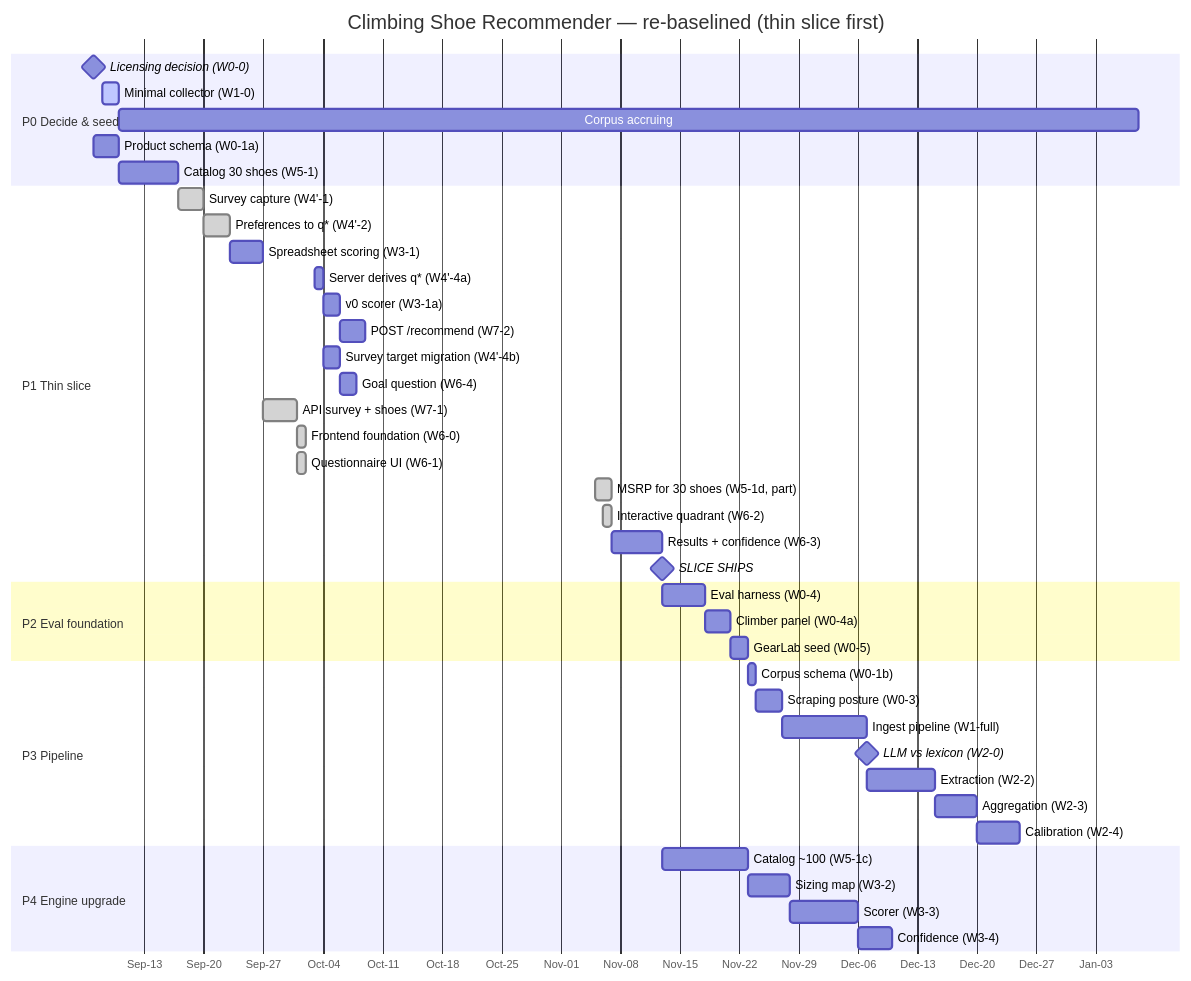
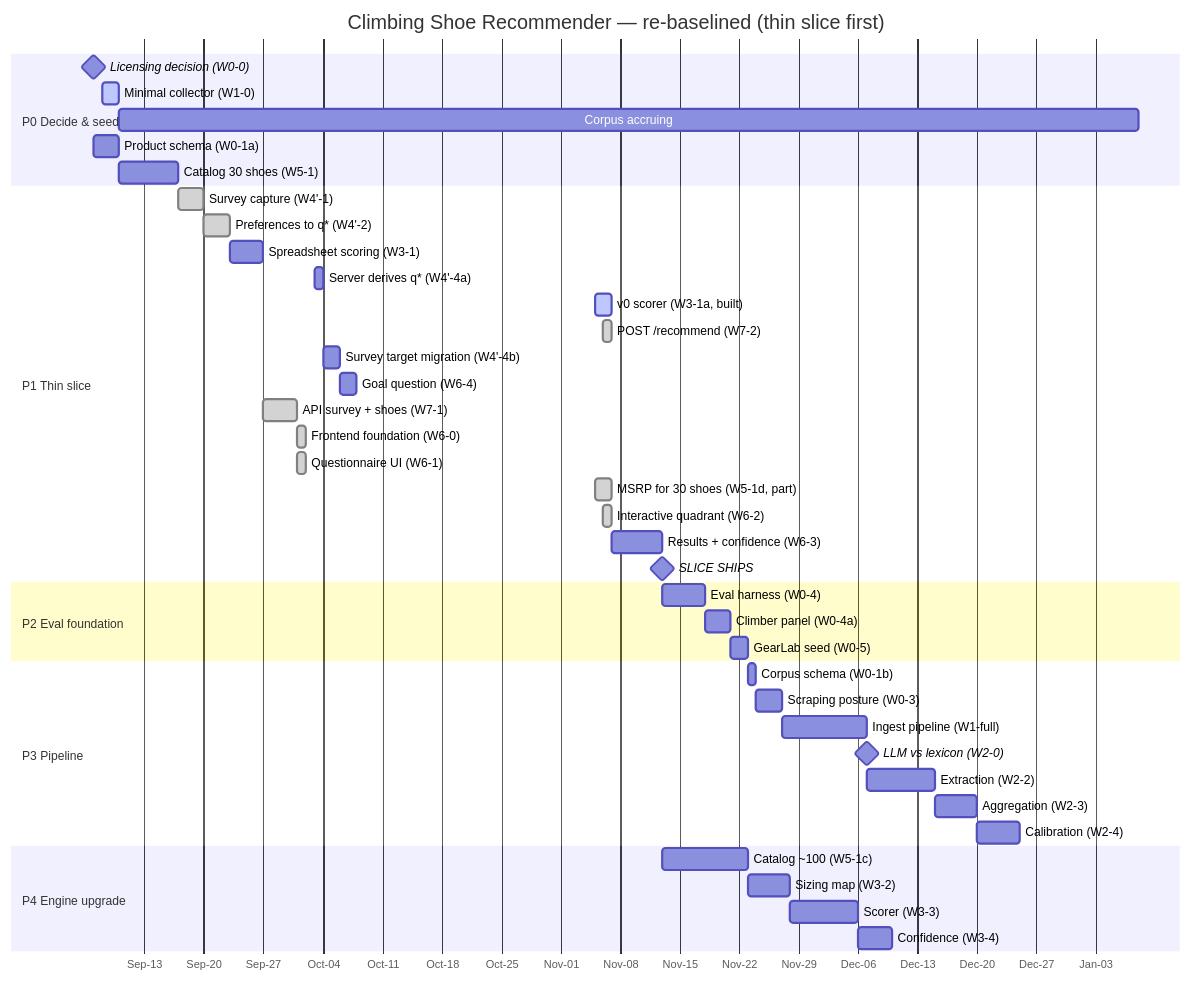
The second of 2 diagrams in timeline.md (barlu3/CruxUp), drawn with Mermaid before and after one commit. The commit also changed other lines of this file and 2 other files, not shown here.

First line of the commit message:
W7-2-F: record W7-2 done and the v0 scorer built with its deviations, timeline v3.6, ARCHITECTURE section 4.13 scorer

````diff
--- a/timeline.md
+++ b/timeline.md
@@ -662,50 +665,50 @@
 ```mermaid
 gantt
   title Climbing Shoe Recommender — re-baselined (thin slice first)
   dateFormat YYYY-MM-DD
   axisFormat %b-%d
 
   section P0 Decide & seed
   Licensing decision (W0-0)        :milestone, m0, 2026-09-07, 0d
   Minimal collector (W1-0)         :active, c0, 2026-09-08, 2d
   Corpus accruing                  :c1, after c0, 120d
   Product schema (W0-1a)           :p0a, 2026-09-07, 3d
   Catalog 30 shoes (W5-1)          :p0b, after p0a, 7d
 
   section P1 Thin slice
   Survey capture (W4'-1)           :done, p1a0, 2026-09-17, 3d
   Preferences to q* (W4'-2)        :done, p1a, after p1a0, 3d
   Spreadsheet scoring (W3-1)       :p1b, after p1a, 4d
   Server derives q* (W4'-4a)       :p1b5, 2026-10-03, 1d
-  v0 scorer (W3-1a)                :p1b4, after p1b p1b5, 2d
-  POST /recommend (W7-2)           :p1d2, after p1b4, 3d
+  v0 scorer (W3-1a, built)         :active, p1b4, 2026-11-05, 2d
+  POST /recommend (W7-2)           :done, p1d2, 2026-11-06, 1d
   Survey target migration (W4'-4b) :p1f, after p1b5, 2d
   Goal question (W6-4)             :p1g, after p1f, 2d
   API survey + shoes (W7-1)        :done, p1b2, after p1b, 4d
   Frontend foundation (W6-0)       :done, p1b3, 2026-10-01, 1d
   Questionnaire UI (W6-1)          :done, p1c, 2026-10-01, 1d
   MSRP for 30 shoes (W5-1d, part)  :done, p1m, 2026-11-05, 2d
   Interactive quadrant (W6-2)      :done, p1d, 2026-11-06, 1d
   Results + confidence (W6-3)      :p1e, after p1d p1d2, 6d
   SLICE SHIPS                      :milestone, m1, after p1e, 0d
 
   section P2 Eval foundation
   Eval harness (W0-4)              :p2a, after p1e, 5d
   Climber panel (W0-4a)            :p2b, after p2a, 3d
   GearLab seed (W0-5)              :p2c, after p2b, 2d
 
   section P3 Pipeline
   Corpus schema (W0-1b)            :p3a, after p2c, 1d
   Scraping posture (W0-3)          :p3b, after p3a, 3d
   Ingest pipeline (W1-full)        :p3c, after p3b, 10d
   LLM vs lexicon (W2-0)            :milestone, m2, after p3c, 0d
   Extraction (W2-2)                :p3d, after p3c, 8d
   Aggregation (W2-3)               :p3e, after p3d, 5d
   Calibration (W2-4)               :p3f, after p3e, 5d
 
   section P4 Engine upgrade
   Catalog ~100 (W5-1c)             :p4w, after m1, 10d
   Sizing map (W3-2)                :p4a, after p4w, 5d
   Scorer (W3-3)                    :p4b, after p4a, 8d
   Confidence (W3-4)                :p4c, after p4b, 4d
 ```
````
